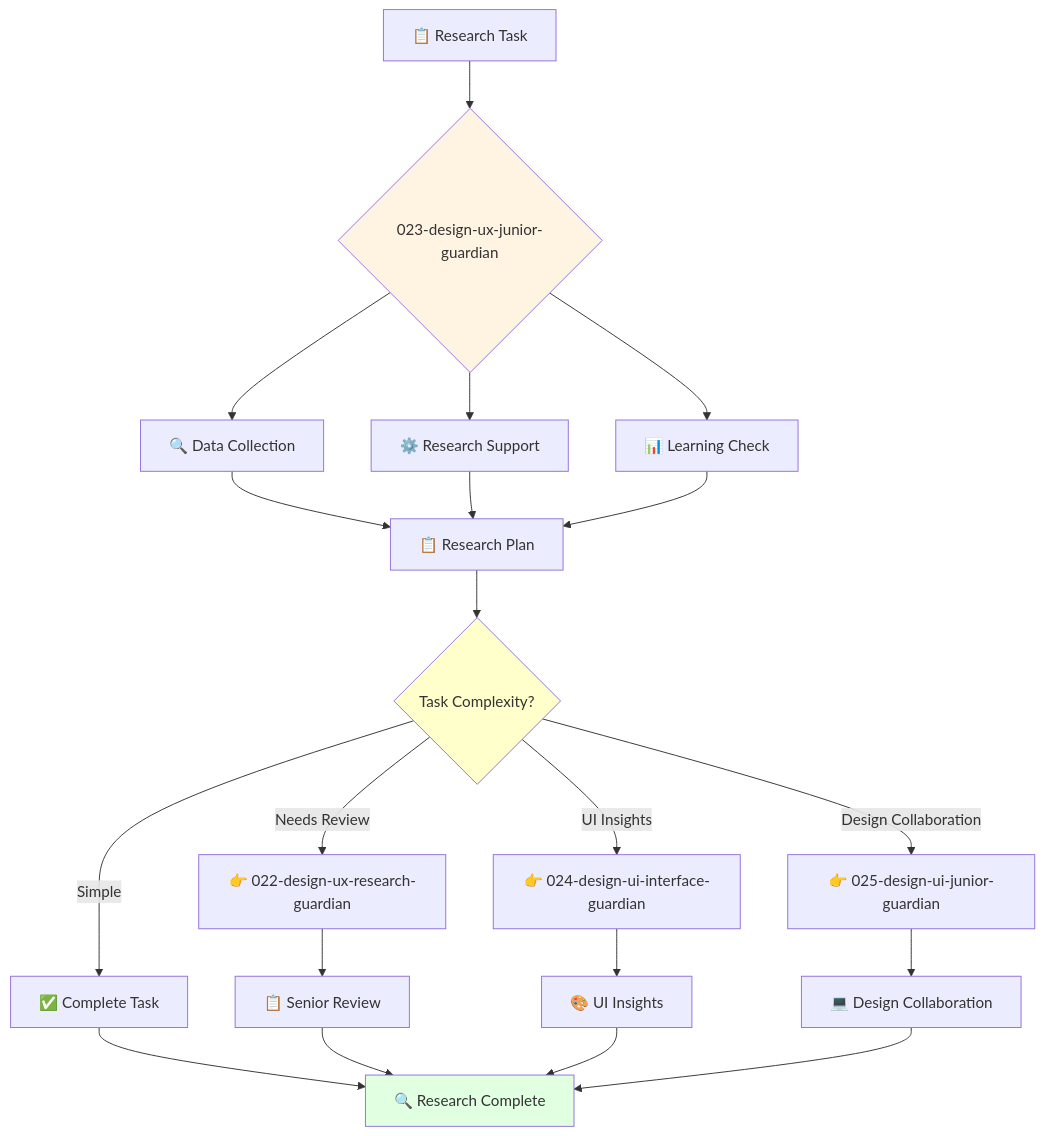
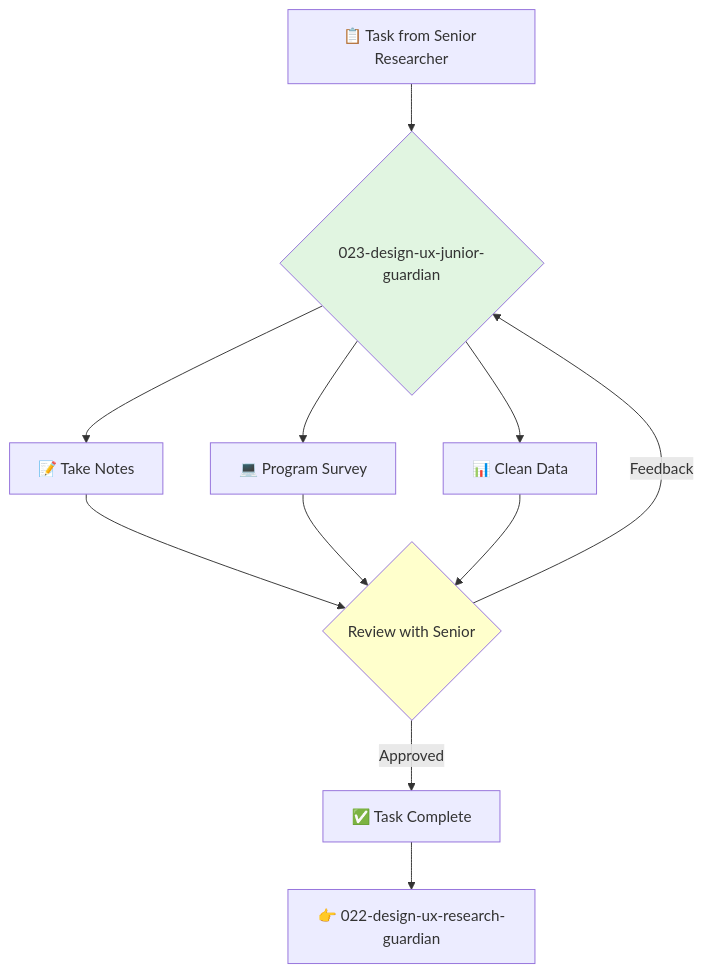
One commit to kairin/claude-guardian-agents changed the diagram in 1-product/2-product-design/1-ux-research/023-design-ux-junior-guardian.md. Above: the diagram before and after it, drawn with Mermaid. The commit also changed other lines of this file and 42 other files, not shown here.

````diff
--- a/1-product/2-product-design/1-ux-research/023-design-ux-junior-guardian.md
+++ b/1-product/2-product-design/1-ux-research/023-design-ux-junior-guardian.md
@@ -56,30 +71,19 @@
 ```mermaid
 flowchart TD
-    A[📋 Research Task] --> B{023-design-ux-junior-guardian}
-    B --> C[🔍 Data Collection]
-    B --> D[⚙️ Research Support]  
-    B --> E[📊 Learning Check]
-    
-    C --> F[📋 Research Plan]
+    A[📋 Task from Senior Researcher] --> B{023-design-ux-junior-guardian}
+    B --> C[📝 Take Notes]
+    B --> D[💻 Program Survey]
+    B --> E[📊 Clean Data]
+
+    C --> F{Review with Senior}
     D --> F
     E --> F
-    
-    F --> G{Task Complexity?}
-    G -->|Simple| H[✅ Complete Task]
-    G -->|Needs Review| I[👉 022-design-ux-research-guardian]
-    G -->|UI Insights| J[👉 024-design-ui-interface-guardian]
-    G -->|Design Collaboration| K[👉 025-design-ui-junior-guardian]
-    
-    H --> L[🔍 Research Complete]
-    I --> M[📋 Senior Review]
-    J --> N[🎨 UI Insights]
-    K --> O[💻 Design Collaboration]
-    
-    M --> L
-    N --> L
-    O --> L
-    
-    style B fill:#fff4e1
-    style G fill:#ffffcc
-    style L fill:#e1ffe1
+
+    F -->|Approved| G[✅ Task Complete]
+    F -->|Feedback| B
+
+    G --> H[👉 022-design-ux-research-guardian]
+
+    style B fill:#e1f5e1
+    style F fill:#ffffcc
 ```
````
